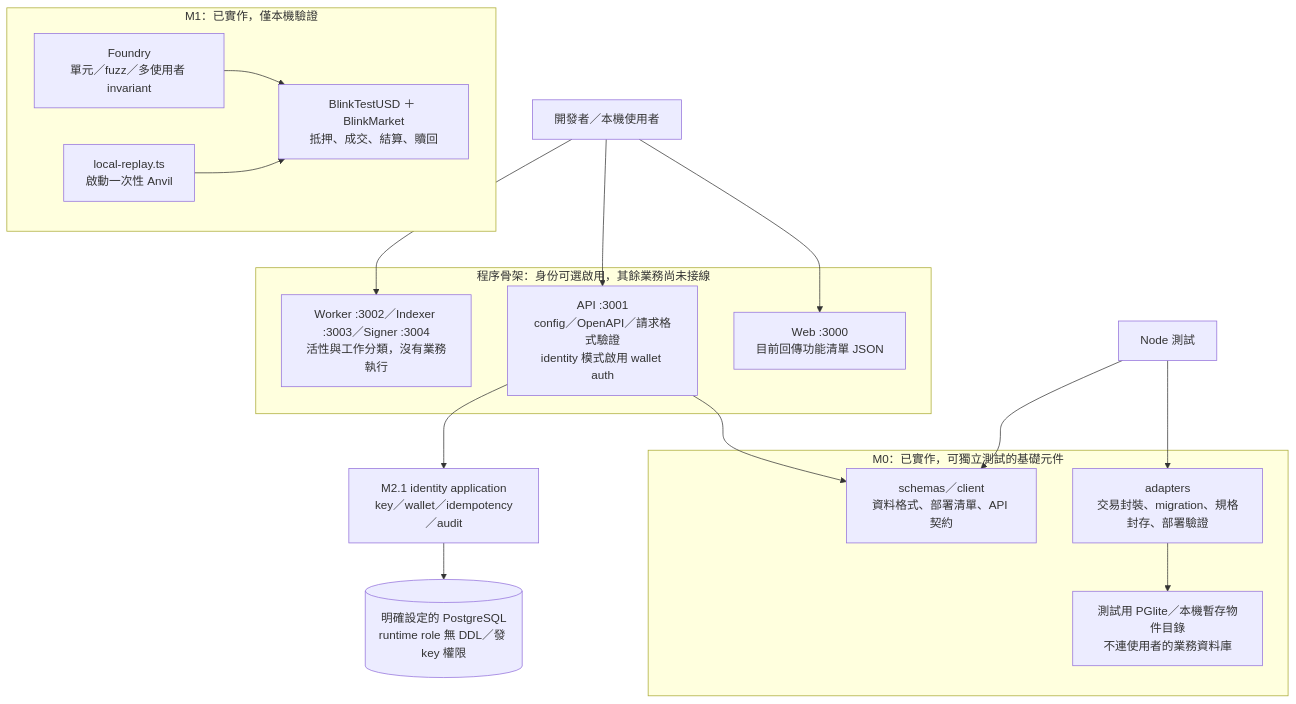
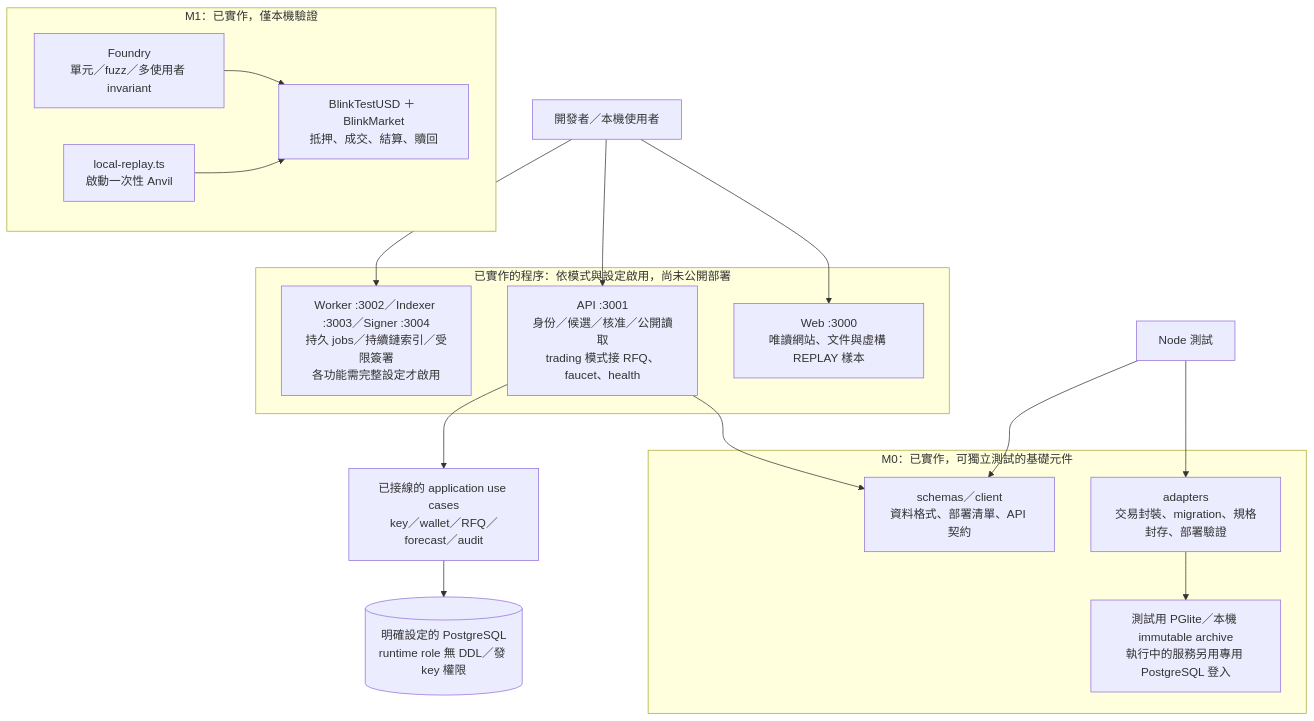
Before and after one commit to Blink-Markets/blinkmarket: the first of 5 diagrams in docs/ARCHITECTURE_GUIDE.md, drawn with Mermaid. The commit also changed other lines of this file and 5 other files, not shown here.

````diff
--- a/docs/ARCHITECTURE_GUIDE.md
+++ b/docs/ARCHITECTURE_GUIDE.md
@@ -13,30 +13,30 @@
 ```mermaid
 flowchart TB
     User["開發者／本機使用者"]
-    subgraph Hosts["程序骨架：身份可選啟用，其餘業務尚未接線"]
-        Web["Web :3000<br/>目前回傳功能清單 JSON"]
-        API["API :3001<br/>config／OpenAPI／請求格式驗證<br/>identity 模式啟用 wallet auth"]
-        Other["Worker :3002／Indexer :3003／Signer :3004<br/>活性與工作分類，沒有業務執行"]
+    subgraph Hosts["已實作的程序：依模式與設定啟用，尚未公開部署"]
+        Web["Web :3000<br/>唯讀網站、文件與虛構 REPLAY 樣本"]
+        API["API :3001<br/>身份／候選／核准／公開讀取<br/>trading 模式接 RFQ、faucet、health"]
+        Other["Worker :3002／Indexer :3003／Signer :3004<br/>持久 jobs／持續鏈索引／受限簽署<br/>各功能需完整設定才啟用"]
     end
     subgraph M0["M0：已實作，可獨立測試的基礎元件"]
         Schemas["schemas／client<br/>資料格式、部署清單、API 契約"]
         Adapters["adapters<br/>交易封裝、migration、規格封存、部署驗證"]
-        Storage["測試用 PGlite／本機暫存物件目錄<br/>不連使用者的業務資料庫"]
+        Storage["測試用 PGlite／本機 immutable archive<br/>執行中的服務另用專用 PostgreSQL 登入"]
     end
     subgraph M1["M1：已實作，僅本機驗證"]
         Tests["Foundry<br/>單元／fuzz／多使用者 invariant"]
         Replay["local-replay.ts<br/>啟動一次性 Anvil"]
         Contracts["BlinkTestUSD ＋ BlinkMarket<br/>抵押、成交、結算、贖回"]
     end
     User --> Web
     User --> API
     User --> Other
     API --> Schemas
-    API --> Identity["M2.1 identity application<br/>key／wallet／idempotency／audit"]
+    API --> Identity["已接線的 application use cases<br/>key／wallet／RFQ／forecast／audit"]
     Identity --> PG[("明確設定的 PostgreSQL<br/>runtime role 無 DDL／發 key 權限")]
     NodeTests["Node 測試"] --> Adapters
     NodeTests --> Schemas
     Adapters --> Storage
     Tests --> Contracts
     Replay --> Contracts
 ```
````
